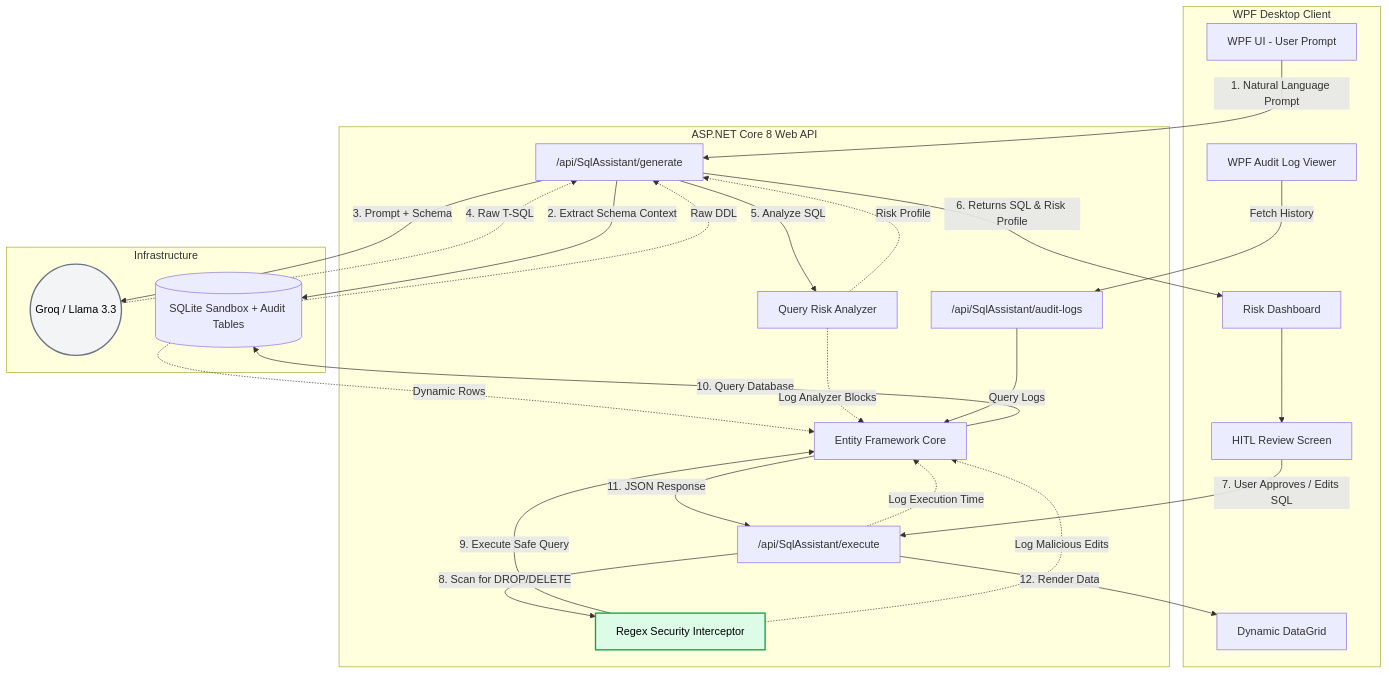
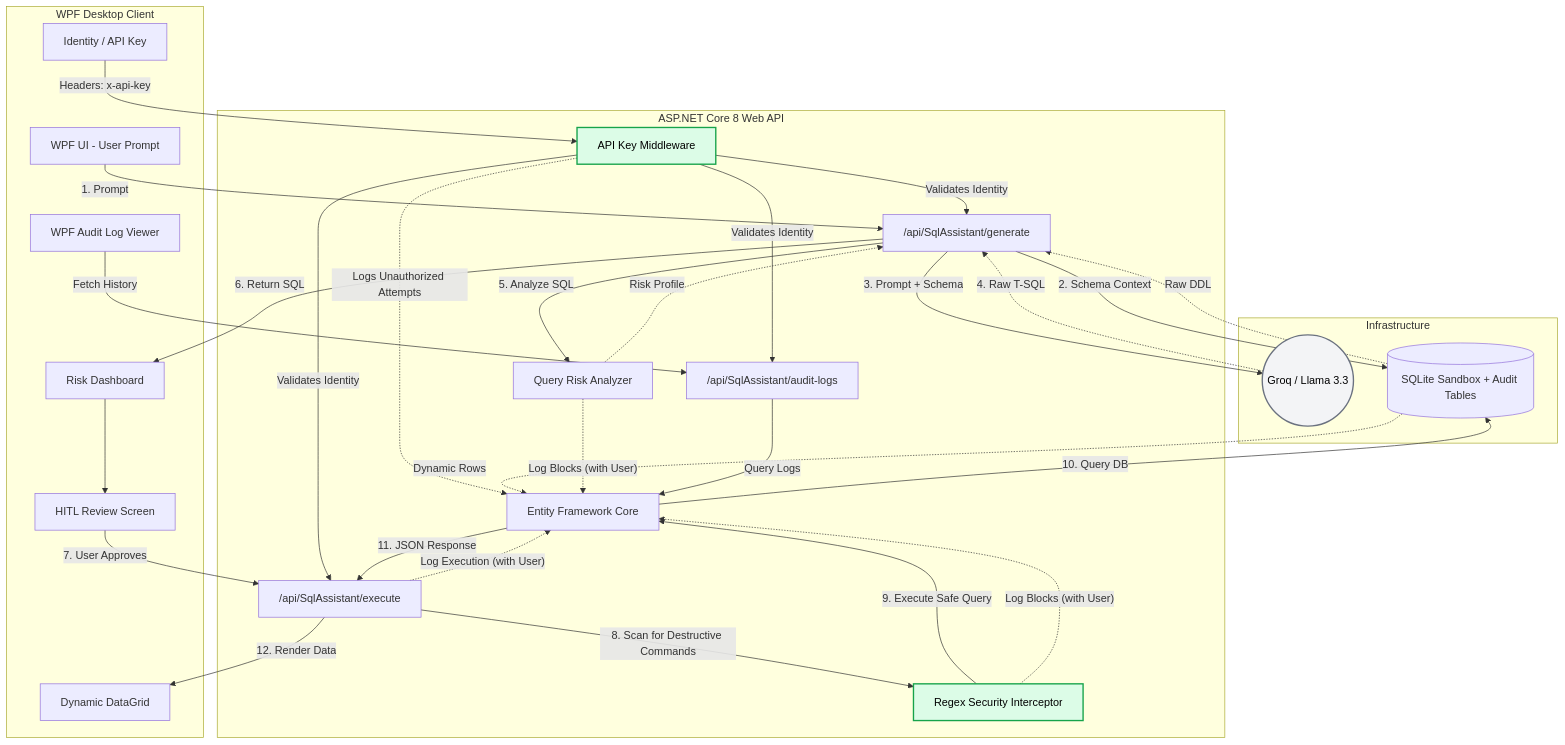
The diagram in README.md (mehul1005/AI-SQL-Assistant), drawn with Mermaid before and after one commit. The commit also changed other lines of this file, not shown here.

Commit message:
docs: update architecture diagram and features for Phase 8 authentication

````diff
--- a/README.md
+++ b/README.md
@@ -9,61 +9,70 @@
 ```mermaid
 graph TD
     %% Define Client Layer
     subgraph WPF Desktop Client
         UI[WPF UI - User Prompt]
         Review[HITL Review Screen]
         DataGrid[Dynamic DataGrid]
         RiskDash[Risk Dashboard]
         AuditUI[WPF Audit Log Viewer]
+        AuthBox[Identity / API Key]
     end
 
     %% Define API Layer
     subgraph ASP.NET Core 8 Web API
+        AuthMid[API Key Middleware]
         Generate["/api/SqlAssistant/generate"]
         Execute["/api/SqlAssistant/execute"]
         AuditAPI["/api/SqlAssistant/audit-logs"]
         RiskService[Query Risk Analyzer]
         Security[Regex Security Interceptor]
         EF[Entity Framework Core]
     end
 
     %% Define External & Data Layer
     subgraph Infrastructure
         LLM((Groq / Llama 3.3))
         SQLite[(SQLite Sandbox + Audit Tables)]
     end
 
+    %% Auth Flow
+    AuthBox -- "Headers: x-api-key" --> AuthMid
+    AuthMid -- "Validates Identity" --> Generate
+    AuthMid -- "Validates Identity" --> Execute
+    AuthMid -- "Validates Identity" --> AuditAPI
+    AuthMid -. "Logs Unauthorized Attempts" .-> EF
+
     %% Generation Flow
-    UI -- "1. Natural Language Prompt" --> Generate
-    Generate -- "2. Extract Schema Context" --> SQLite
+    UI -- "1. Prompt" --> Generate
+    Generate -- "2. Schema Context" --> SQLite
     SQLite -. "Raw DDL" .-> Generate
     Generate -- "3. Prompt + Schema" --> LLM
     LLM -. "4. Raw T-SQL" .-> Generate
     Generate -- "5. Analyze SQL" --> RiskService
     RiskService -. "Risk Profile" .-> Generate
-    Generate -- "6. Returns SQL & Risk Profile" --> RiskDash
+    Generate -- "6. Return SQL" --> RiskDash
     RiskDash --> Review
 
     %% Execution Flow
-    Review -- "7. User Approves / Edits SQL" --> Execute
-    Execute -- "8. Scan for DROP/DELETE" --> Security
+    Review -- "7. User Approves" --> Execute
+    Execute -- "8. Scan for Destructive Commands" --> Security
     Security -- "9. Execute Safe Query" --> EF
-    EF -- "10. Query Database" --> SQLite
+    EF -- "10. Query DB" --> SQLite
     SQLite -. "Dynamic Rows" .-> EF
     EF -- "11. JSON Response" --> Execute
     Execute -- "12. Render Data" --> DataGrid
 
-    %% Audit & Governance Flow
-    RiskService -. "Log Analyzer Blocks" .-> EF
-    Security -. "Log Malicious Edits" .-> EF
-    Execute -. "Log Execution Time" .-> EF
+    %% Audit Flow
+    RiskService -. "Log Blocks (with User)" .-> EF
+    Security -. "Log Blocks (with User)" .-> EF
+    Execute -. "Log Execution (with User)" .-> EF
     AuditUI -- "Fetch History" --> AuditAPI
     AuditAPI -- "Query Logs" --> EF
 
     %% Styling
     classDef secure fill:#dcfce7,stroke:#16a34a,stroke-width:2px,color:#000;
     classDef external fill:#f3f4f6,stroke:#6b7280,stroke-width:2px,color:#000;
-    class Security secure
+    class Security,AuthMid secure
     class LLM external
 
 ```
````
